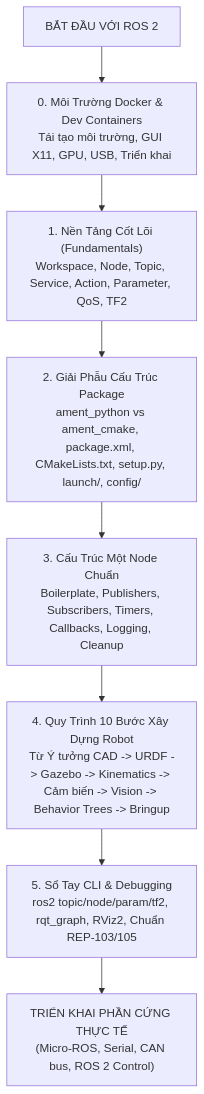
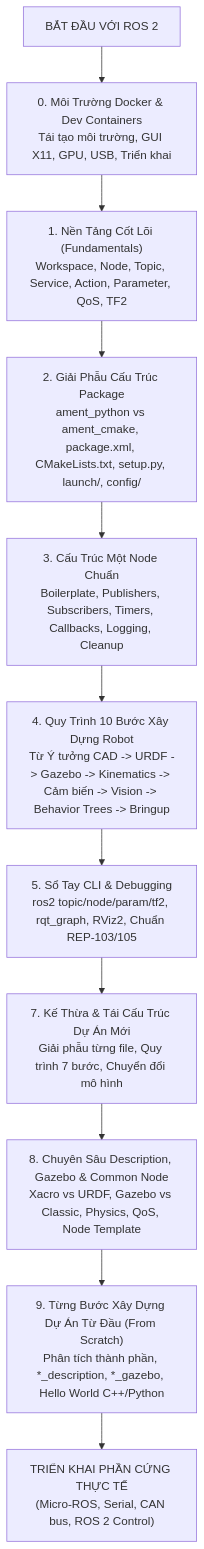
The diagram in docs/README.md (vuquan2005/da-cdt), drawn with Mermaid before and after one commit. The commit also changed other lines of this file and 3 other files, not shown here.

````diff
--- a/docs/README.md
+++ b/docs/README.md
@@ -11,10 +11,13 @@
 ```mermaid
 flowchart TD
     Start["BẮT ĐẦU VỚI ROS 2"] --> Ch0["0. Môi Trường Docker & Dev Containers<br/>Tái tạo môi trường, GUI X11, GPU, USB, Triển khai"]
     Ch0 --> Ch1["1. Nền Tảng Cốt Lõi (Fundamentals)<br/>Workspace, Node, Topic, Service, Action, Parameter, QoS, TF2"]
     Ch1 --> Ch2["2. Giải Phẫu Cấu Trúc Package<br/>ament_python vs ament_cmake, package.xml, CMakeLists.txt, setup.py, launch/, config/"]
     Ch2 --> Ch3["3. Cấu Trúc Một Node Chuẩn<br/>Boilerplate, Publishers, Subscribers, Timers, Callbacks, Logging, Cleanup"]
     Ch3 --> Ch4["4. Quy Trình 10 Bước Xây Dựng Robot<br/>Từ Ý tưởng CAD -> URDF -> Gazebo -> Kinematics -> Cảm biến -> Vision -> Behavior Trees -> Bringup"]
     Ch4 --> Ch5["5. Sổ Tay CLI & Debugging<br/>ros2 topic/node/param/tf2, rqt_graph, RViz2, Chuẩn REP-103/105"]
-    Ch5 --> Hardware["TRIỂN KHAI PHẦN CỨNG THỰC TẾ<br/>(Micro-ROS, Serial, CAN bus, ROS 2 Control)"]
+    Ch5 --> Ch7["7. Kế Thừa & Tái Cấu Trúc Dự Án Mới<br/>Giải phẫu từng file, Quy trình 7 bước, Chuyển đổi mô hình"]
+    Ch7 --> Ch8["8. Chuyên Sâu Description, Gazebo & Common Node<br/>Xacro vs URDF, Gazebo vs Classic, Physics, QoS, Node Template"]
+    Ch8 --> Ch9["9. Từng Bước Xây Dựng Dự Án Từ Đầu (From Scratch)<br/>Phân tích thành phần, *_description, *_gazebo, Hello World C++/Python"]
+    Ch9 --> Hardware["TRIỂN KHAI PHẦN CỨNG THỰC TẾ<br/>(Micro-ROS, Serial, CAN bus, ROS 2 Control)"]
 ```
````
